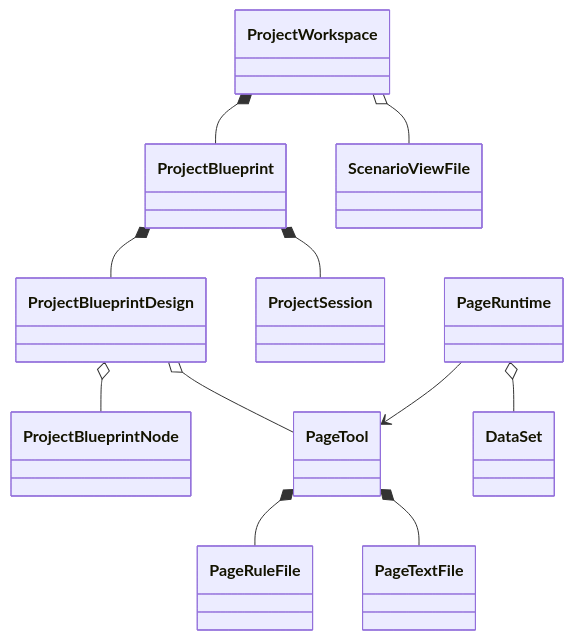
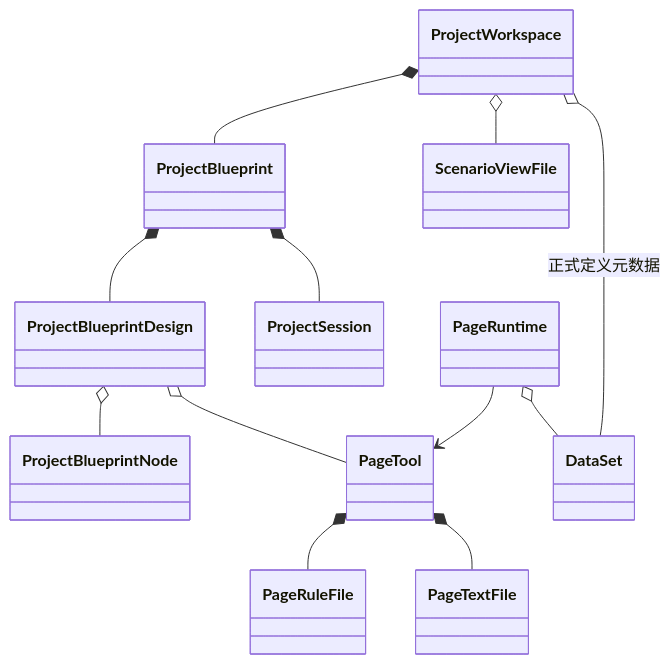
One commit to LMSpark/APPWORKS changed the diagram in packages/spark-project-model/src/MODEL-HIERARCHY.md. Above: the diagram before and after it, drawn with Mermaid. The commit also changed other lines of this file and 76 other files, not shown here.

Commit message:
feat(lowcode-api): data-space runtime/design adapters and project model updates

````diff
--- a/packages/spark-project-model/src/MODEL-HIERARCHY.md
+++ b/packages/spark-project-model/src/MODEL-HIERARCHY.md
@@ -27,13 +27,14 @@
 ```mermaid
 classDiagram
   ProjectBlueprint *-- ProjectBlueprintDesign
   ProjectBlueprint *-- ProjectSession
   ProjectBlueprintDesign o-- ProjectBlueprintNode
   ProjectBlueprintDesign o-- PageTool
   ProjectWorkspace *-- ProjectBlueprint
   ProjectWorkspace o-- ScenarioViewFile
+  ProjectWorkspace o-- DataSet : 正式定义元数据
   PageRuntime --> PageTool
   PageRuntime o-- DataSet
   PageTool *-- PageRuleFile
   PageTool *-- PageTextFile
 ```
````
